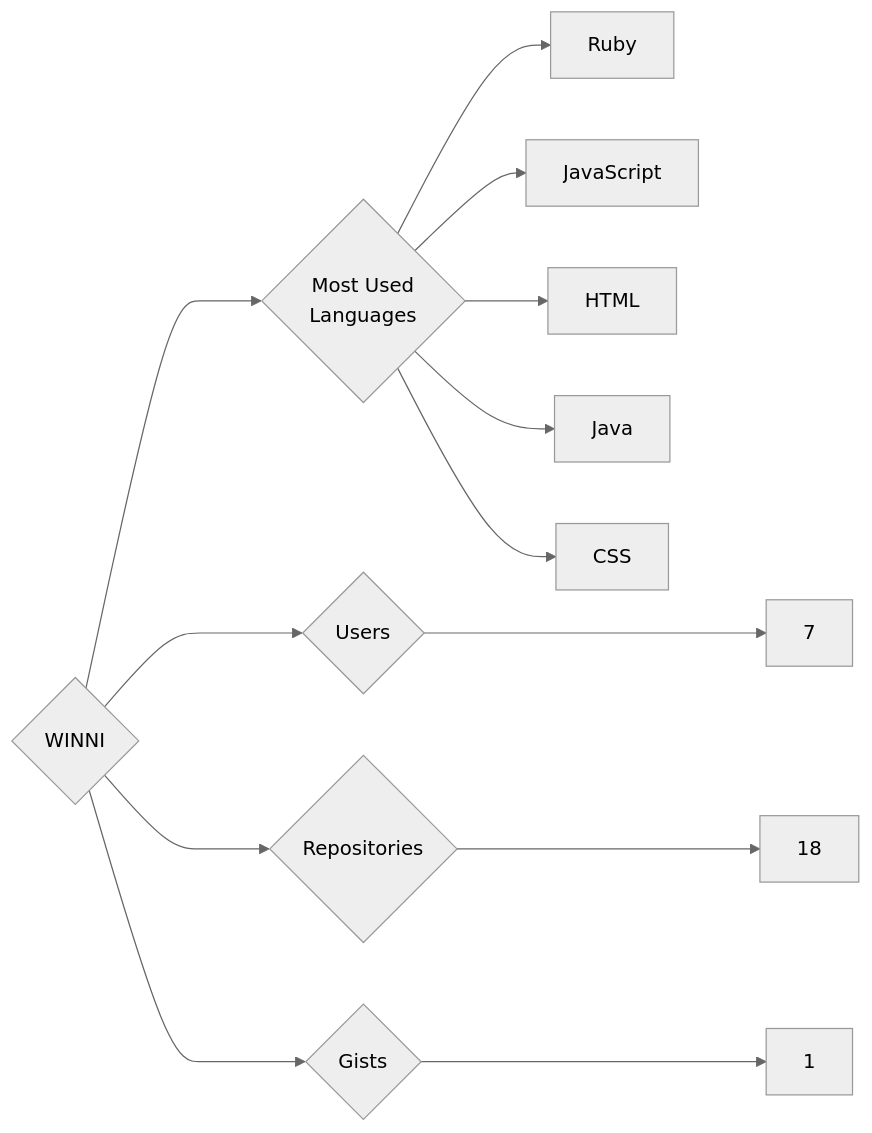
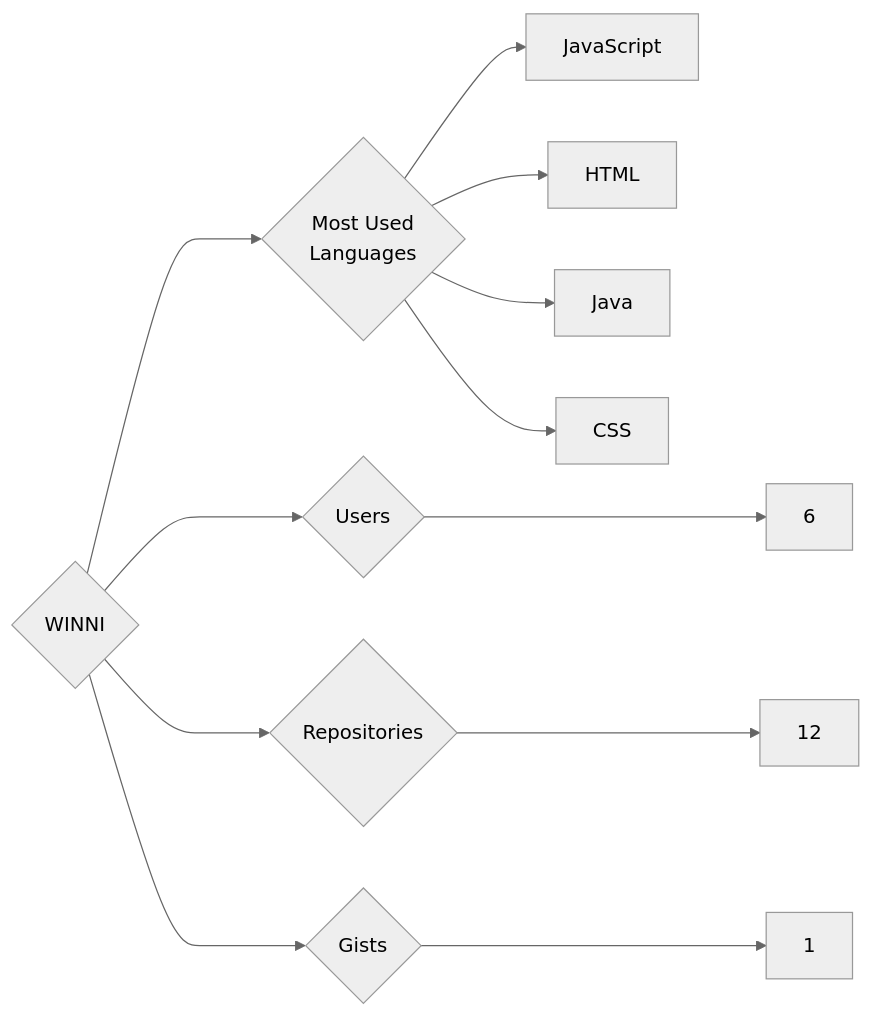
The diagram in targets/WINNI/README.md (trickest/insiders), drawn with Mermaid (neutral theme) before and after one commit. The commit also changed 728 other files, not shown here.

````diff
--- a/targets/WINNI/README.md
+++ b/targets/WINNI/README.md
@@ -3,13 +3,12 @@
 ```mermaid
 graph LR
 COMPANY_NAME{WINNI}
-COMPANY_NAME ---> U{Users} ---> UN[7]
-COMPANY_NAME ---> R{Repositories} ---> RN[18]
+COMPANY_NAME ---> U{Users} ---> UN[6]
+COMPANY_NAME ---> R{Repositories} ---> RN[12]
 COMPANY_NAME ---> G{Gists} ---> GN[1]
 COMPANY_NAME ---> ML{Most Used<br>Languages}
-ML --> Ruby[Ruby]
 ML --> JavaScript[JavaScript]
 ML --> HTML[HTML]
 ML --> Java[Java]
 ML --> CSS[CSS]
 ```
````
